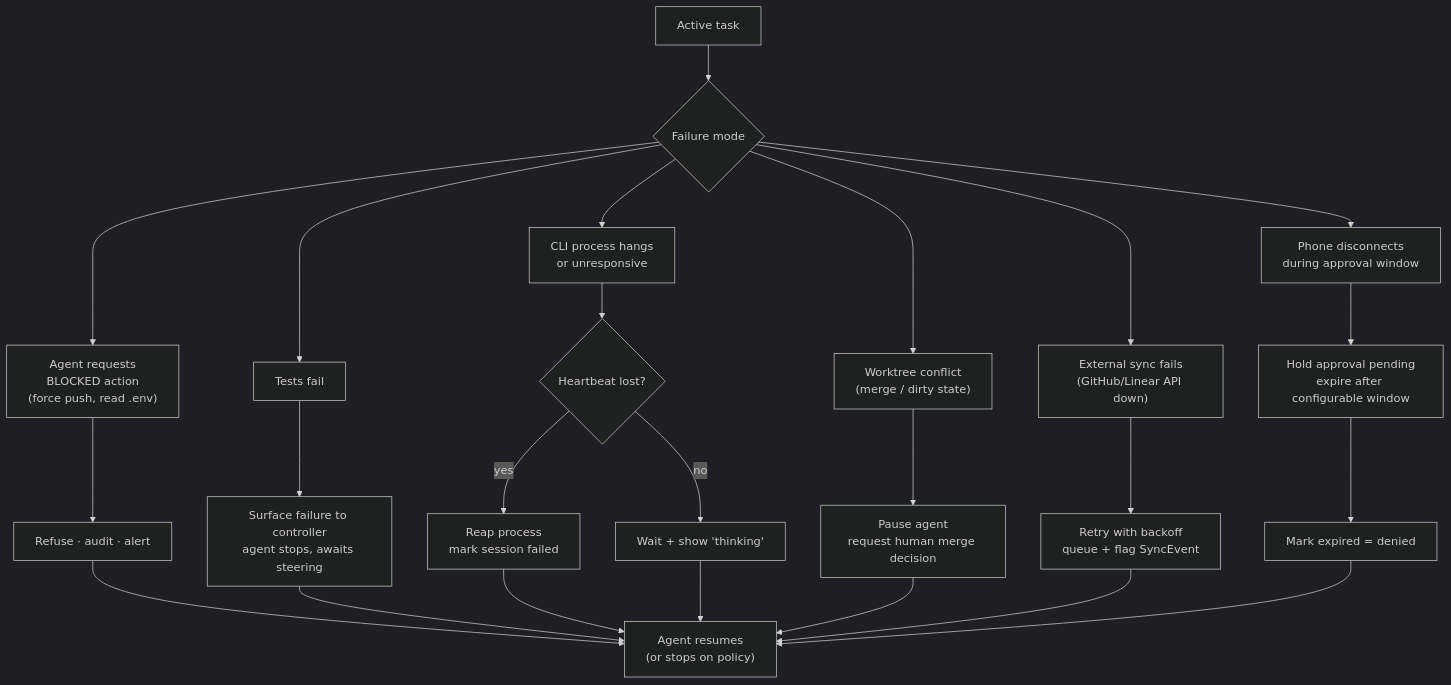
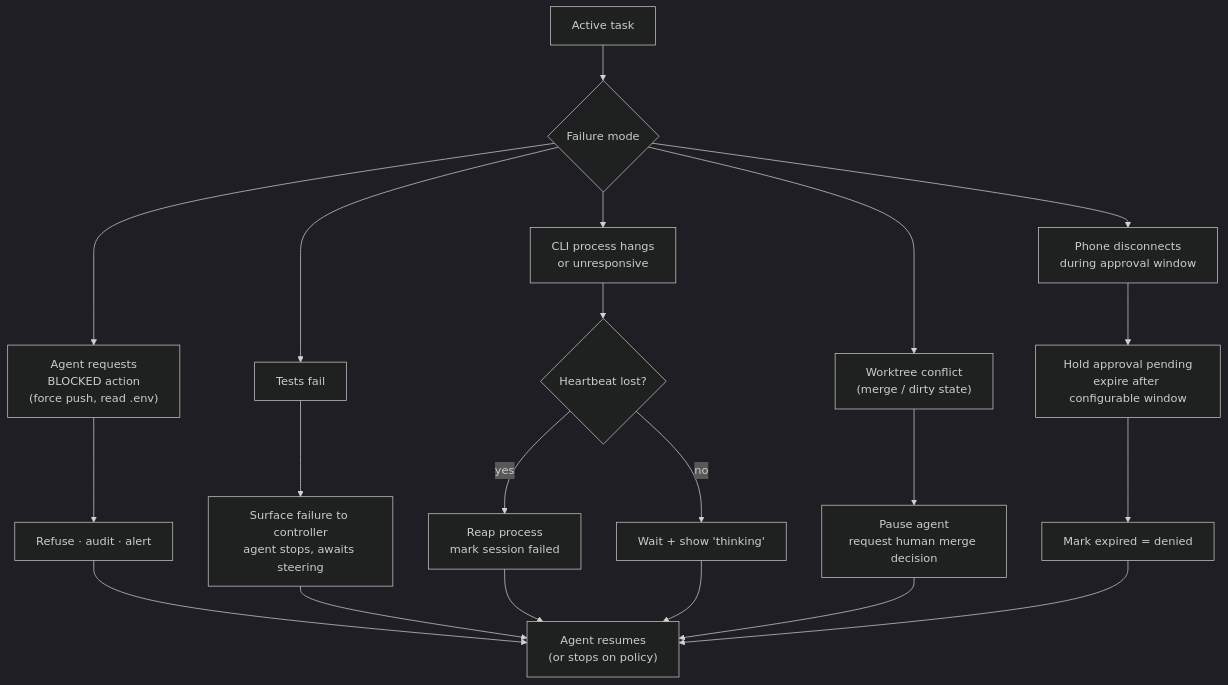
One commit to mjshuff23/agents-with-remote-control-mobile-controller changed the sixth of 7 diagrams in docs/diagrams.md. Above: the diagram before and after it, drawn with Mermaid (dark theme). The commit also changed other lines of this file and 62 other files, not shown here.

````diff
--- a/docs/diagrams.md
+++ b/docs/diagrams.md
@@ -266,28 +295,25 @@
 ```mermaid
 flowchart TD
   Task["Active task"] --> P{"Failure mode"}
   P --> Dangerous["Agent requests<br/>BLOCKED action<br/>(force push, read .env)"]
   P --> TestFail["Tests fail"]
   P --> Hang["CLI process hangs<br/>or unresponsive"]
   P --> Conflict["Worktree conflict<br/>(merge / dirty state)"]
-  P --> SyncDown["External sync fails<br/>(GitHub/Linear API down)"]
   P --> Disconnect["Phone disconnects<br/>during approval window"]
 
   Dangerous --> Refuse["Refuse · audit · alert"]
   TestFail --> Surface["Surface failure to controller<br/>agent stops, awaits steering"]
   Hang --> Heartbeat{"Heartbeat lost?"}
   Heartbeat -->|"yes"| Reap["Reap process<br/>mark session failed"]
   Heartbeat -->|"no"| Wait["Wait + show 'thinking'"]
   Conflict --> Pause["Pause agent<br/>request human merge decision"]
-  SyncDown --> Retry["Retry with backoff<br/>queue + flag SyncEvent"]
   Disconnect --> Hold["Hold approval pending<br/>expire after configurable window"]
   Hold --> Expired["Mark expired = denied"]
 
   Refuse --> Resume["Agent resumes<br/>(or stops on policy)"]
   Surface --> Resume
   Reap --> Resume
   Wait --> Resume
   Pause --> Resume
-  Retry --> Resume
   Expired --> Resume
 ```
````
